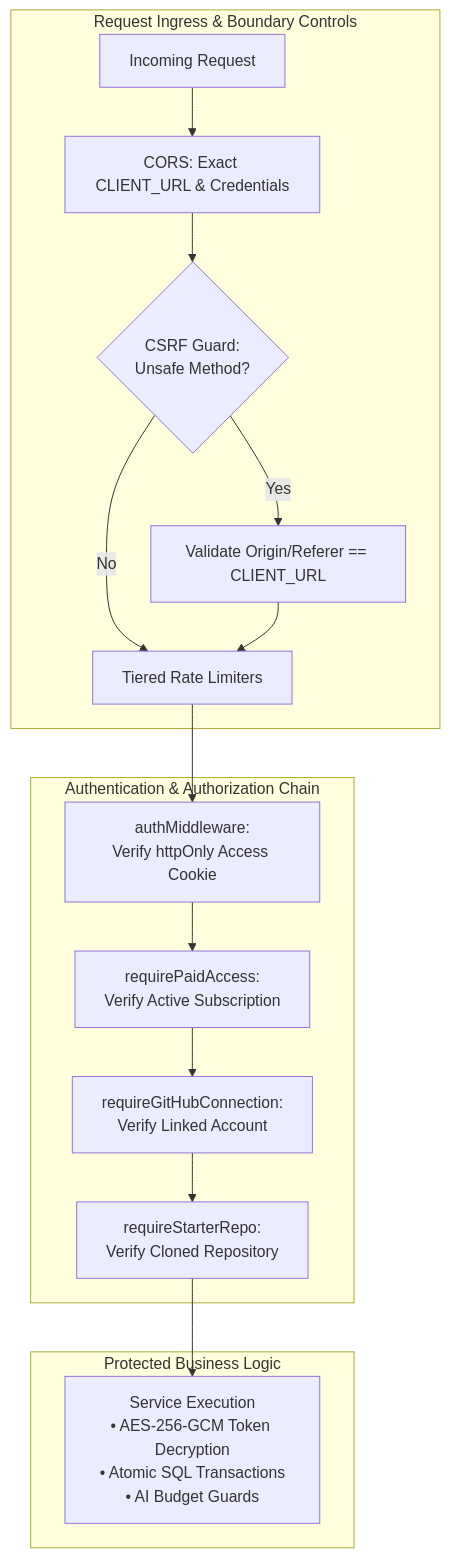
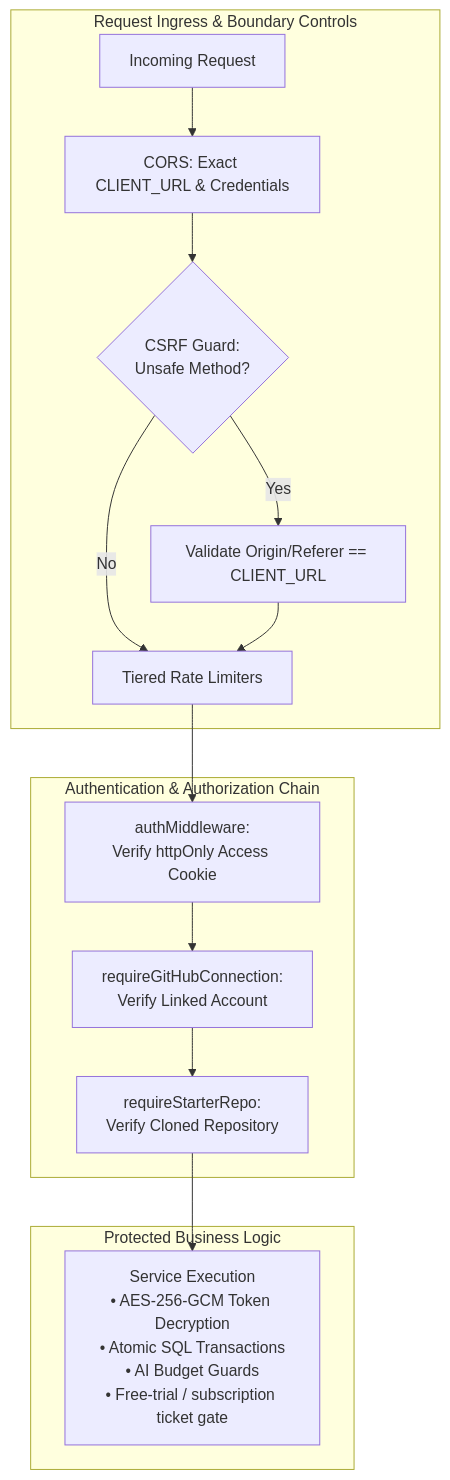
Before and after one commit to Lab-Lynx/WorkSim: the second of 3 diagrams in backend/README.md, drawn with Mermaid. The commit also changed other lines of this file and 2 other files, not shown here.

Commit message:
docs: document 3-ticket free trial, correct onboarding order and API routes

````diff
--- a/backend/README.md
+++ b/backend/README.md
@@ -77,21 +77,20 @@
 ```mermaid
 flowchart TD
     subgraph Ingress [Request Ingress & Boundary Controls]
         Req[Incoming Request] --> CORS[CORS: Exact CLIENT_URL & Credentials]
         CORS --> CSRF{CSRF Guard:\nUnsafe Method?}
         CSRF -->|Yes| OriginCheck[Validate Origin/Referer == CLIENT_URL]
         CSRF -->|No| RateLimiter[Tiered Rate Limiters]
         OriginCheck --> RateLimiter
     end
 
     subgraph AuthPipeline [Authentication & Authorization Chain]
         RateLimiter --> AuthMw[authMiddleware:\nVerify httpOnly Access Cookie]
-        AuthMw --> PaidGuard[requirePaidAccess:\nVerify Active Subscription]
-        PaidGuard --> GitHubGuard[requireGitHubConnection:\nVerify Linked Account]
+        AuthMw --> GitHubGuard[requireGitHubConnection:\nVerify Linked Account]
         GitHubGuard --> RepoGuard[requireStarterRepo:\nVerify Cloned Repository]
     end
 
     subgraph CoreExecution [Protected Business Logic]
-        RepoGuard --> Service[Service Execution\n• AES-256-GCM Token Decryption\n• Atomic SQL Transactions\n• AI Budget Guards]
+        RepoGuard --> Service[Service Execution\n• AES-256-GCM Token Decryption\n• Atomic SQL Transactions\n• AI Budget Guards\n• Free-trial / subscription ticket gate]
     end
 ```
````
